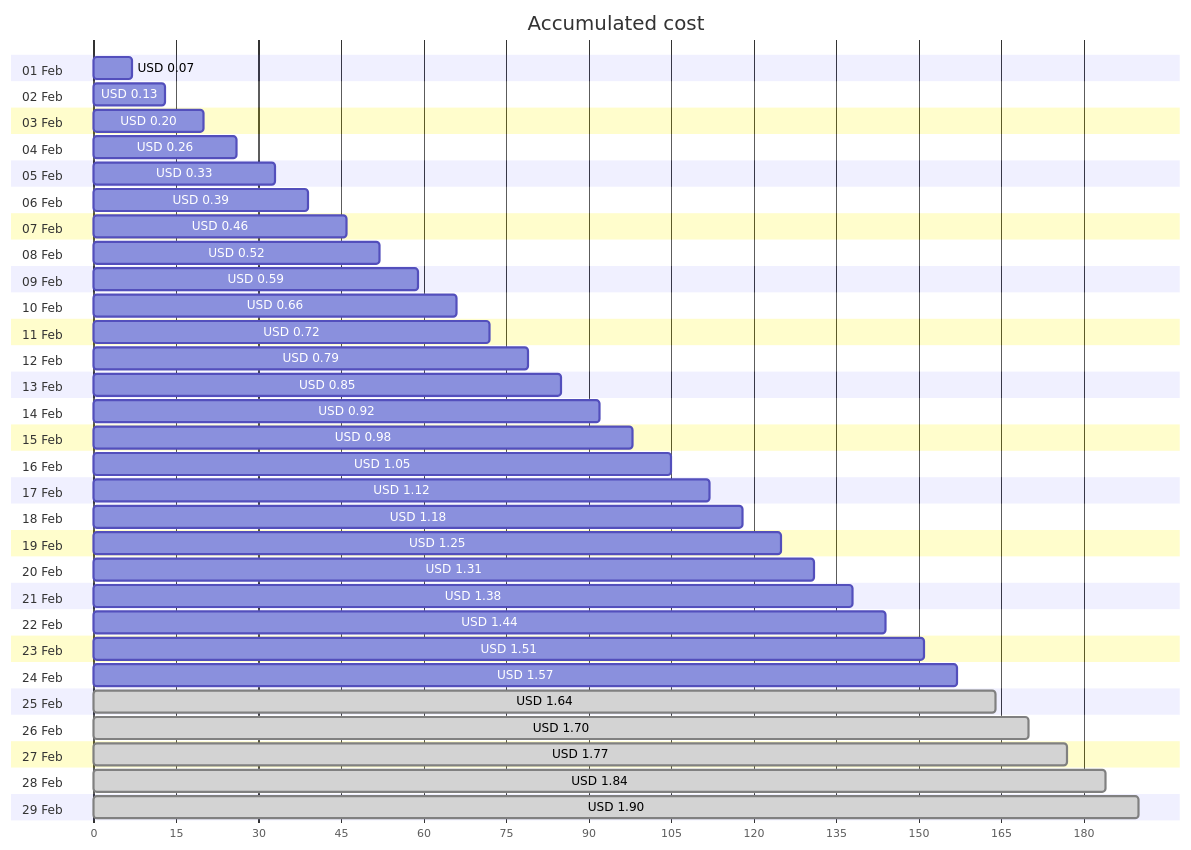
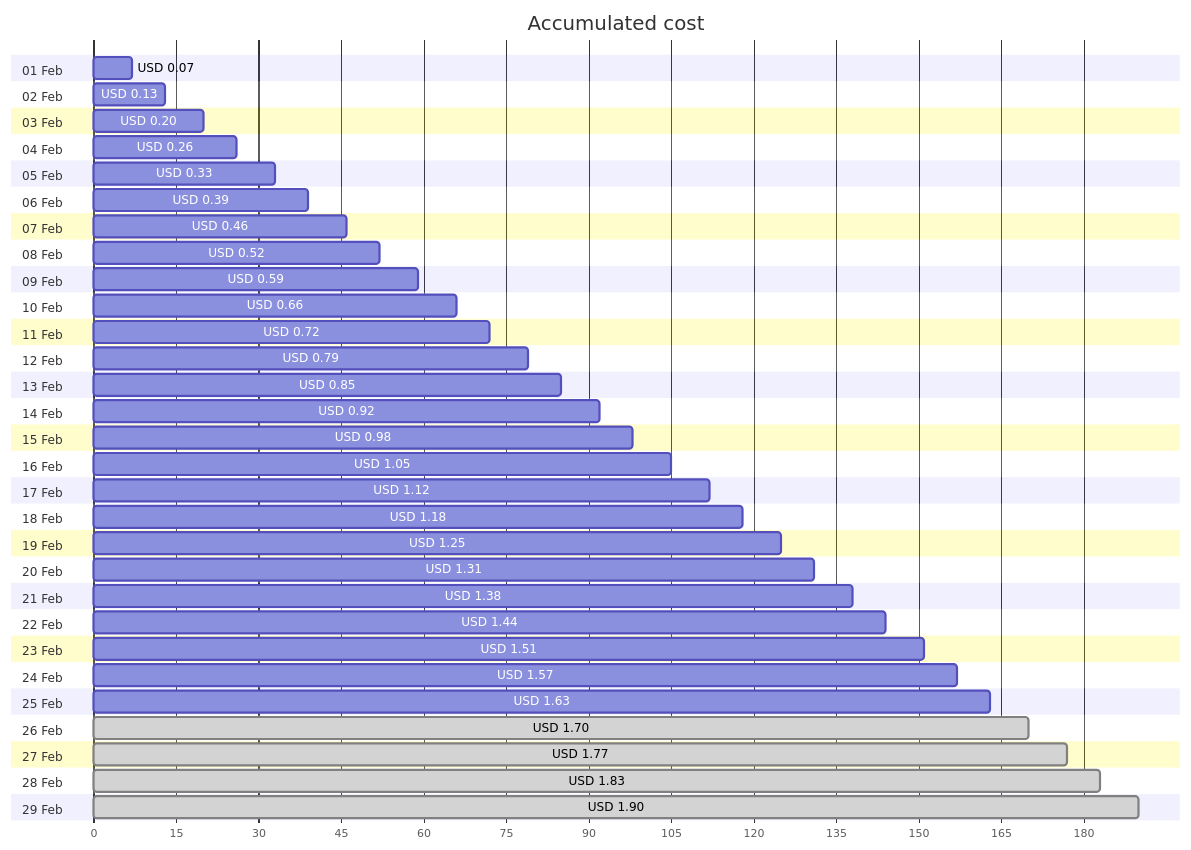
One commit to jpfulton/azure-personal-reports changed the first of 4 diagrams in cost-reports/personal-network/vpn-server_OsDisk.md. Above: the diagram before and after it, drawn with Mermaid. The commit also changed other lines of this file and 8 other files, not shown here.

````diff
--- a/cost-reports/personal-network/vpn-server_OsDisk.md
+++ b/cost-reports/personal-network/vpn-server_OsDisk.md
@@ -20,64 +20,64 @@
 ```mermaid
 gantt
    title Accumulated cost
    dateFormat  X
    axisFormat %s
    section 01 Feb
    USD 0.07 :0, 7
    section 02 Feb
    USD 0.13 :0, 13
    section 03 Feb
    USD 0.20 :0, 20
    section 04 Feb
    USD 0.26 :0, 26
    section 05 Feb
    USD 0.33 :0, 33
    section 06 Feb
    USD 0.39 :0, 39
    section 07 Feb
    USD 0.46 :0, 46
    section 08 Feb
    USD 0.52 :0, 52
    section 09 Feb
    USD 0.59 :0, 59
    section 10 Feb
    USD 0.66 :0, 66
    section 11 Feb
    USD 0.72 :0, 72
    section 12 Feb
    USD 0.79 :0, 79
    section 13 Feb
    USD 0.85 :0, 85
    section 14 Feb
    USD 0.92 :0, 92
    section 15 Feb
    USD 0.98 :0, 98
    section 16 Feb
    USD 1.05 :0, 105
    section 17 Feb
    USD 1.12 :0, 112
    section 18 Feb
    USD 1.18 :0, 118
    section 19 Feb
    USD 1.25 :0, 125
    section 20 Feb
    USD 1.31 :0, 131
    section 21 Feb
    USD 1.38 :0, 138
    section 22 Feb
    USD 1.44 :0, 144
    section 23 Feb
    USD 1.51 :0, 151
    section 24 Feb
    USD 1.57 :0, 157
    section 25 Feb
-   USD 1.64 : done, 0, 164
+   USD 1.63 :0, 163
    section 26 Feb
    USD 1.70 : done, 0, 170
    section 27 Feb
    USD 1.77 : done, 0, 177
    section 28 Feb
-   USD 1.84 : done, 0, 184
+   USD 1.83 : done, 0, 183
    section 29 Feb
    USD 1.90 : done, 0, 190
 ```
````
